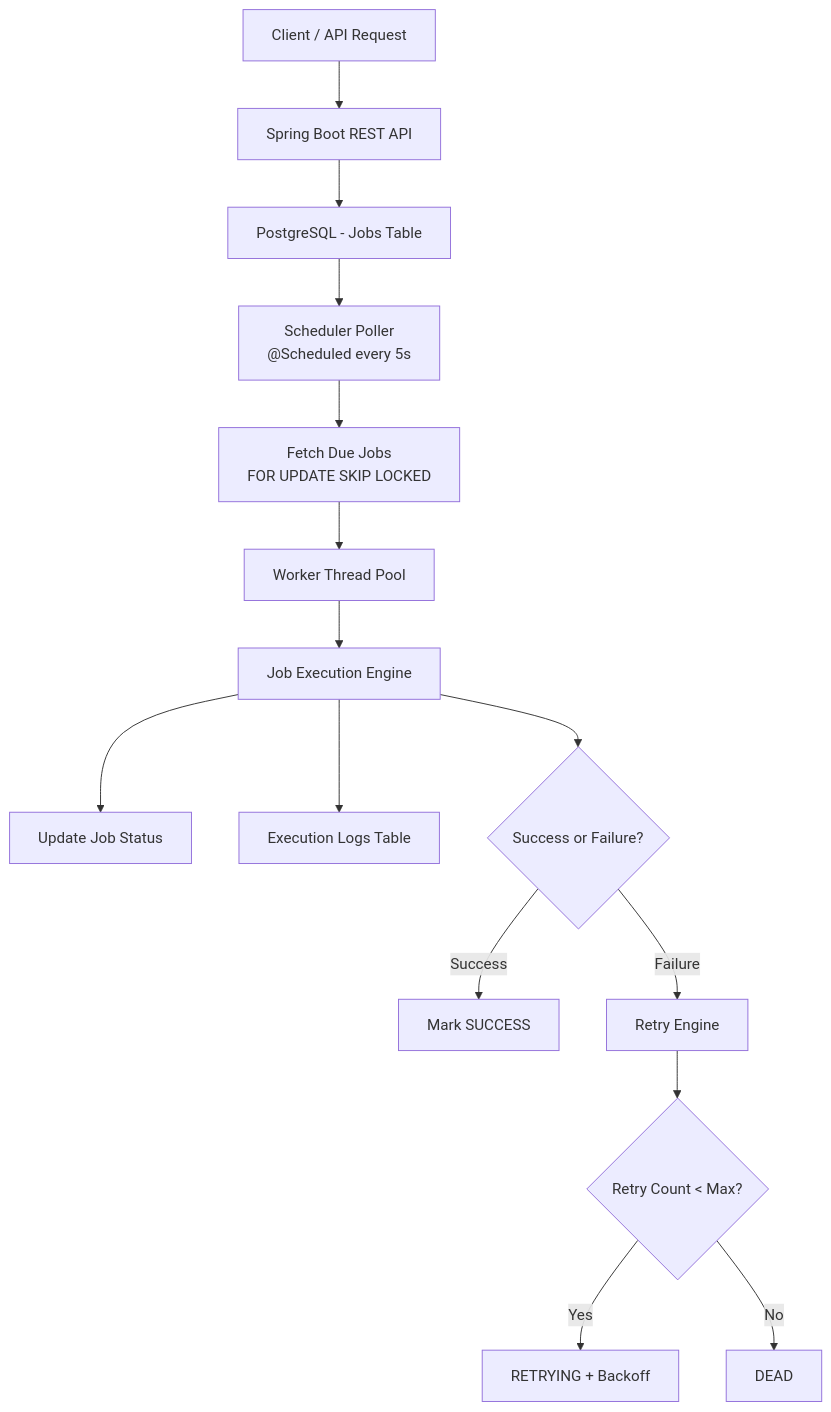
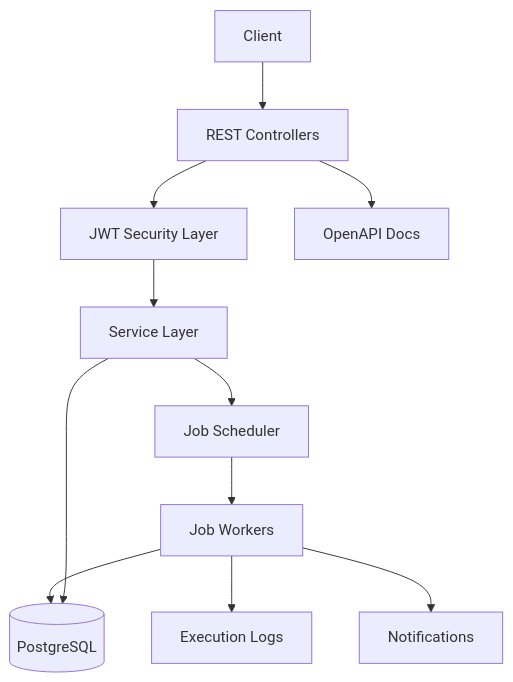
One commit to KiranChavan45Dev/AirTribe changed the first of 4 diagrams in Capstone/chronos/README.md. Above: the diagram before and after it, drawn with Mermaid. The commit also changed other lines of this file and 1 other file, not shown here.

````diff
--- a/Capstone/chronos/README.md
+++ b/Capstone/chronos/README.md
@@ -23,27 +63,23 @@
-```mermaid id="arch1"
+```mermaid
 flowchart TD
 
-A[Client / API Request] --> B[Spring Boot REST API]
-B --> C[PostgreSQL - Jobs Table]
+Client --> API[REST Controllers]
 
-C --> D[Scheduler Poller<br/>@Scheduled every 5s]
+API --> Security[JWT Security Layer]
 
-D --> E[Fetch Due Jobs<br/>FOR UPDATE SKIP LOCKED]
+Security --> Services[Service Layer]
 
-E --> F[Worker Thread Pool]
+Services --> Scheduler[Job Scheduler]
 
-F --> G[Job Execution Engine]
+Scheduler --> Workers[Job Workers]
 
-G --> H[Update Job Status]
+Workers --> DB[(PostgreSQL)]
 
-G --> I[Execution Logs Table]
+Services --> DB
 
-G --> J{Success or Failure?}
+Workers --> Logs[Execution Logs]
 
-J -->|Success| K[Mark SUCCESS]
-J -->|Failure| L[Retry Engine]
+Workers --> Notifications[Notifications]
 
-L --> M{Retry Count < Max?}
-M -->|Yes| N[RETRYING + Backoff]
-M -->|No| O[DEAD]
+API --> Swagger[OpenAPI Docs]
 ```
````
